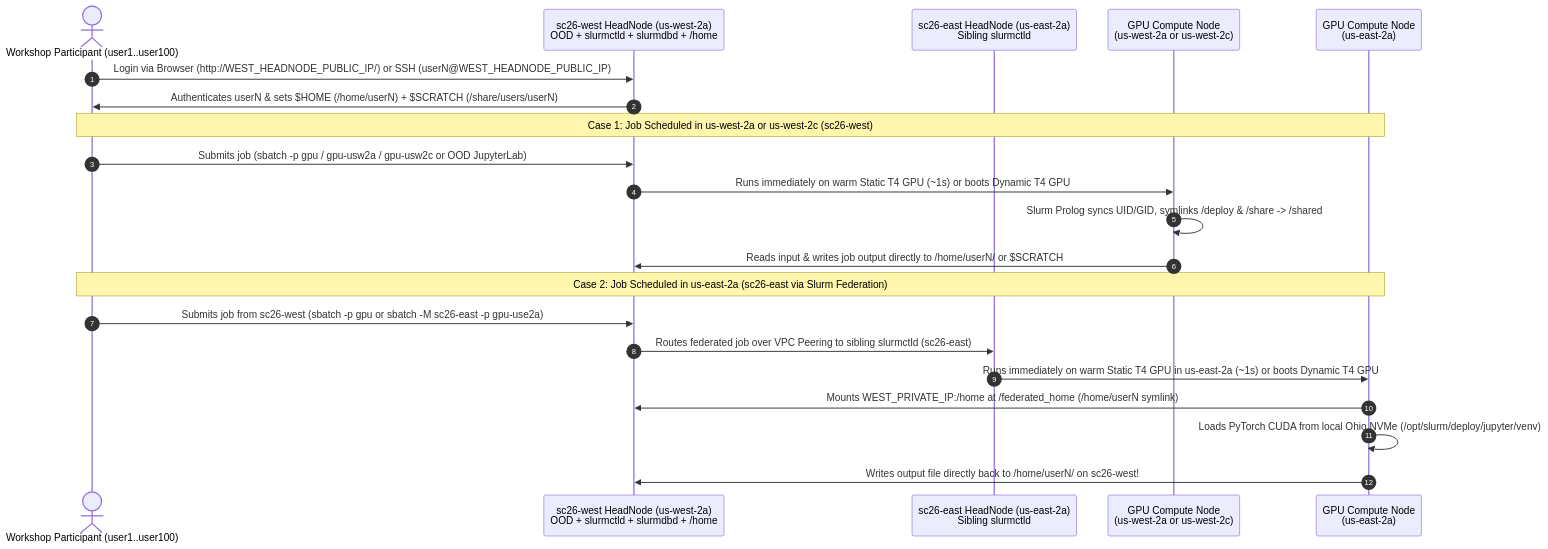
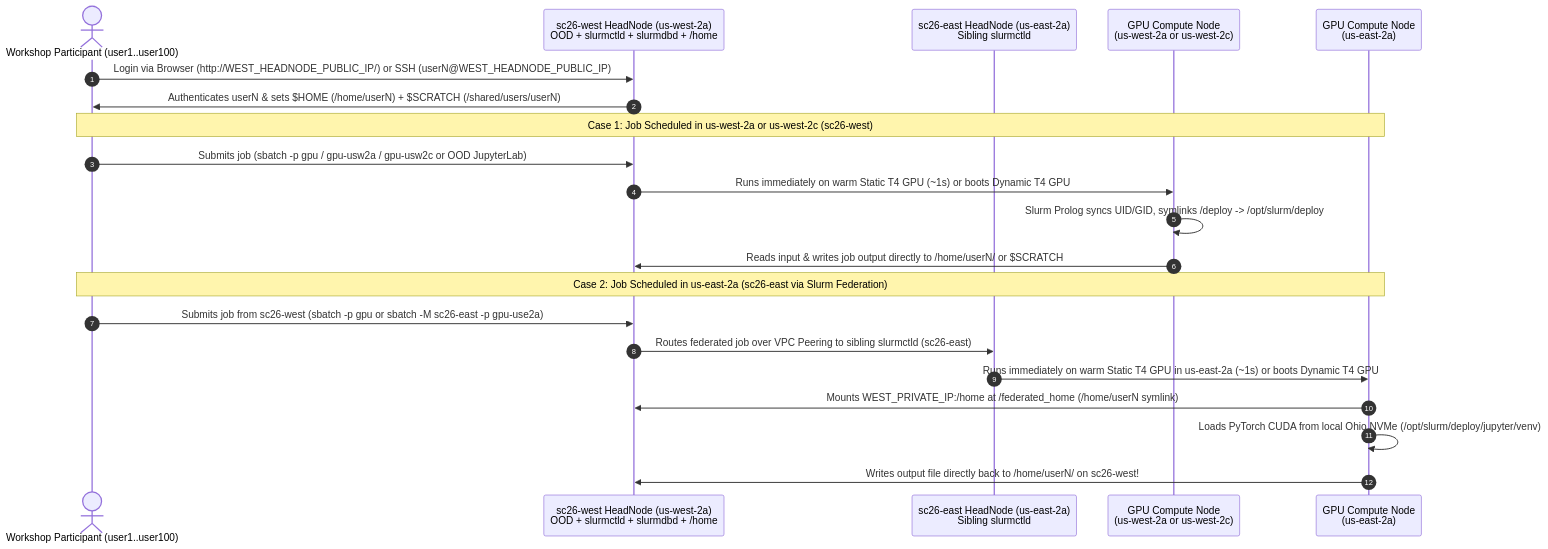
Before and after one commit to fengchenLBL/nersc-sc26-dev: the second of 2 diagrams in SC26_SUMMARY.md, drawn with Mermaid. The commit also changed other lines of this file and 4 other files, not shown here.

````diff
--- a/SC26_SUMMARY.md
+++ b/SC26_SUMMARY.md
@@ -125,26 +125,26 @@
 ```mermaid
 sequenceDiagram
     autonumber
     actor User as Workshop Participant (user1..user100)
     participant WestHN as sc26-west HeadNode (us-west-2a)<br/>OOD + slurmctld + slurmdbd + /home
     participant EastHN as sc26-east HeadNode (us-east-2a)<br/>Sibling slurmctld
     participant WestGPU as GPU Compute Node<br/>(us-west-2a or us-west-2c)
     participant EastGPU as GPU Compute Node<br/>(us-east-2a)
 
     User->>WestHN: Login via Browser (http://WEST_HEADNODE_PUBLIC_IP/) or SSH (userN@WEST_HEADNODE_PUBLIC_IP)
-    WestHN->>User: Authenticates userN & sets $HOME (/home/userN) + $SCRATCH (/share/users/userN)
+    WestHN->>User: Authenticates userN & sets $HOME (/home/userN) + $SCRATCH (/shared/users/userN)
 
     note over User,EastGPU: Case 1: Job Scheduled in us-west-2a or us-west-2c (sc26-west)
     User->>WestHN: Submits job (sbatch -p gpu / gpu-usw2a / gpu-usw2c or OOD JupyterLab)
     WestHN->>WestGPU: Runs immediately on warm Static T4 GPU (~1s) or boots Dynamic T4 GPU
-    WestGPU->>WestGPU: Slurm Prolog syncs UID/GID, symlinks /deploy & /share -> /shared
+    WestGPU->>WestGPU: Slurm Prolog syncs UID/GID, symlinks /deploy -> /opt/slurm/deploy
     WestGPU->>WestHN: Reads input & writes job output directly to /home/userN/ or $SCRATCH
 
     note over User,EastGPU: Case 2: Job Scheduled in us-east-2a (sc26-east via Slurm Federation)
     User->>WestHN: Submits job from sc26-west (sbatch -p gpu or sbatch -M sc26-east -p gpu-use2a)
     WestHN->>EastHN: Routes federated job over VPC Peering to sibling slurmctld (sc26-east)
     EastHN->>EastGPU: Runs immediately on warm Static T4 GPU in us-east-2a (~1s) or boots Dynamic T4 GPU
     EastGPU->>WestHN: Mounts WEST_PRIVATE_IP:/home at /federated_home (/home/userN symlink)
     EastGPU->>EastGPU: Loads PyTorch CUDA from local Ohio NVMe (/opt/slurm/deploy/jupyter/venv)
     EastGPU->>WestHN: Writes output file directly back to /home/userN/ on sc26-west!
 ```
````
